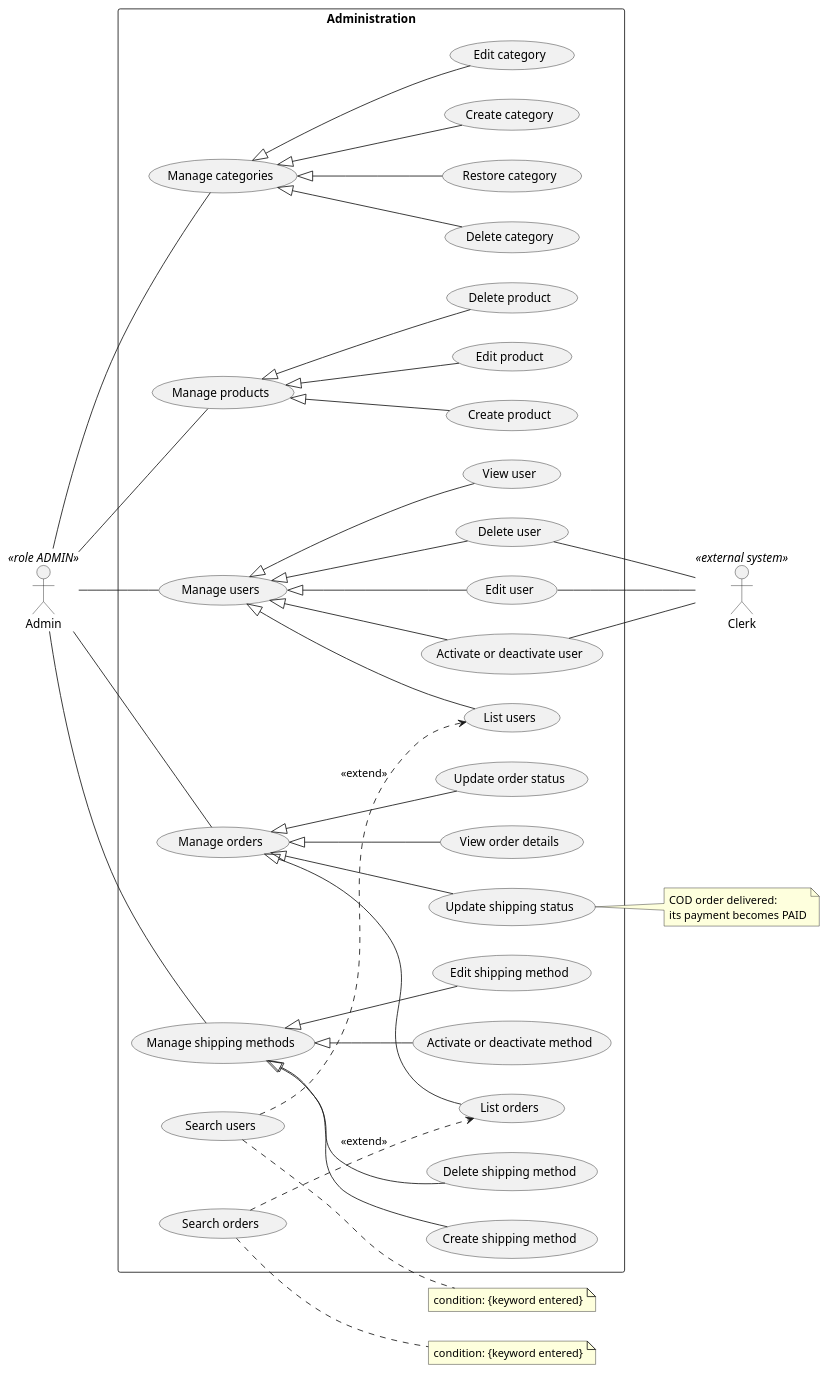
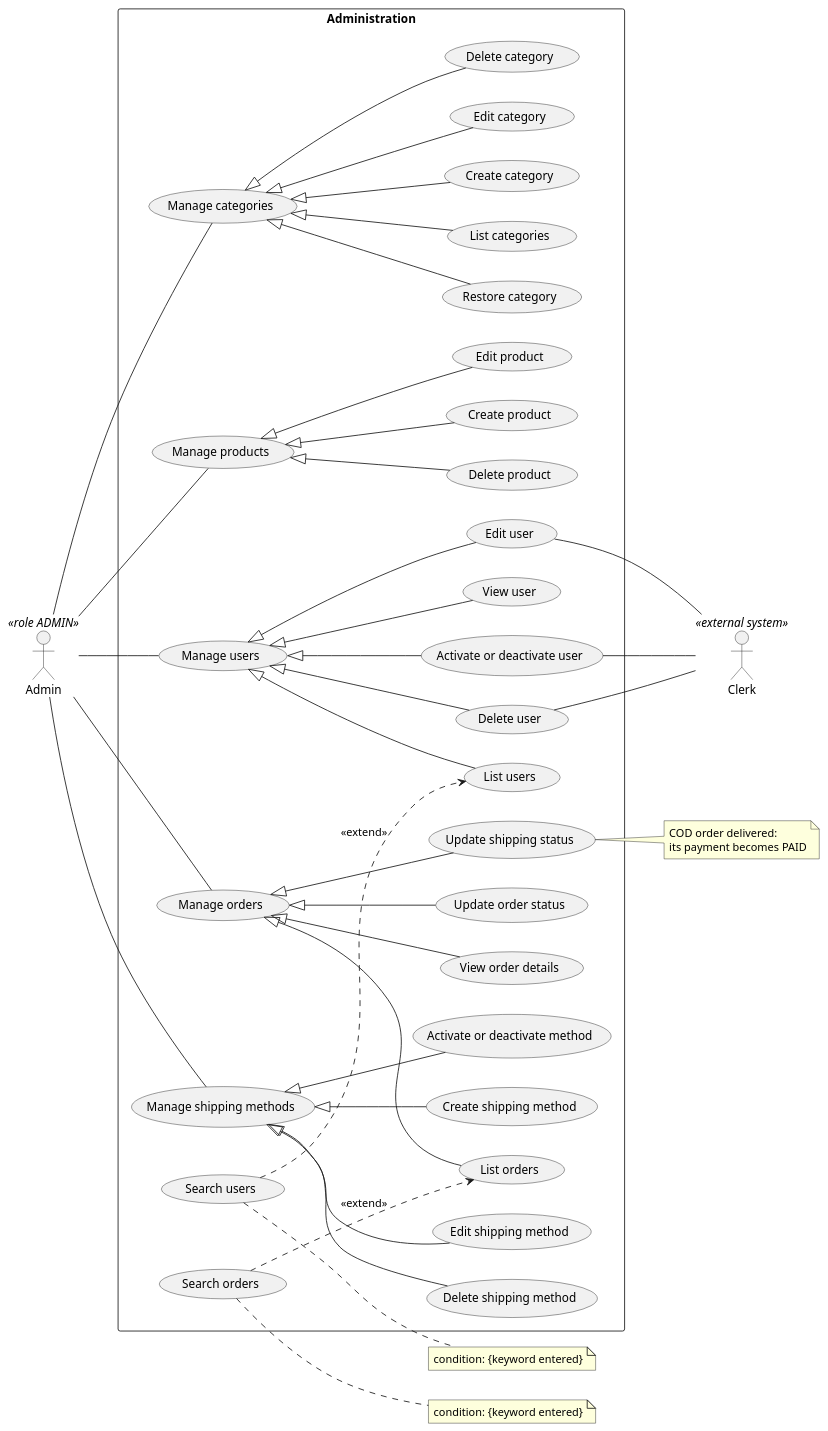
Before and after one commit to tiennguyen-agilityio/nestjs-training: the seventh of 7 diagrams in docs/uml/use-case-diagram.puml, drawn with PlantUML. The commit also changed other lines of this file, not shown here.

Commit message:
docs: add shipping module to the UML use case diagram

```diff
--- a/docs/uml/use-case-diagram.puml
+++ b/docs/uml/use-case-diagram.puml
@@ -216,71 +232,73 @@
 @startuml use-case-administration
 left to right direction
 actor Admin <<role ADMIN>>
 actor Clerk <<external system>>
 rectangle Administration {
   usecase "Manage categories" as MngC
+  usecase "List categories" as C0
   usecase "Create category" as C1
   usecase "Edit category" as C2
   usecase "Delete category" as C3
   usecase "Restore category" as C4
   usecase "Manage products" as MngP
   usecase "Create product" as P1
   usecase "Edit product" as P2
   usecase "Delete product" as P3
   usecase "Manage users" as MngU
   usecase "List users" as U1
   usecase "View user" as U2
   usecase "Edit user" as U3
   usecase "Activate or deactivate user" as U4
   usecase "Delete user" as U5
   usecase "Search users" as SU
   usecase "Manage orders" as MngO
   usecase "List orders" as O1
   usecase "View order details" as O2
   usecase "Update order status" as O3
   usecase "Update shipping status" as O4
   usecase "Search orders" as SO
   usecase "Manage shipping methods" as MngS
   usecase "Create shipping method" as S1
   usecase "Edit shipping method" as S2
   usecase "Activate or deactivate method" as S3
   usecase "Delete shipping method" as S4
 }
 Admin -- MngC
 Admin -- MngP
 Admin -- MngU
 Admin -- MngO
 Admin -- MngS
 ' generalization: each smaller use case is a kind of its manage use case
+MngC <|-- C0
 MngC <|-- C1
 MngC <|-- C2
 MngC <|-- C3
 MngC <|-- C4
 MngP <|-- P1
 MngP <|-- P2
 MngP <|-- P3
 MngU <|-- U1
 MngU <|-- U2
 MngU <|-- U3
 MngU <|-- U4
 MngU <|-- U5
 MngO <|-- O1
 MngO <|-- O2
 MngO <|-- O3
 MngO <|-- O4
 MngS <|-- S1
 MngS <|-- S2
 MngS <|-- S3
 MngS <|-- S4
 SU ..> U1 : <<extend>>
 SO ..> O1 : <<extend>>
 note right of SU : condition: {keyword entered}
 note right of SO : condition: {keyword entered}
 note right of O4
   COD order delivered:
   its payment becomes PAID
 end note
 U3 -- Clerk
 U4 -- Clerk
 U5 -- Clerk
 @enduml
```
